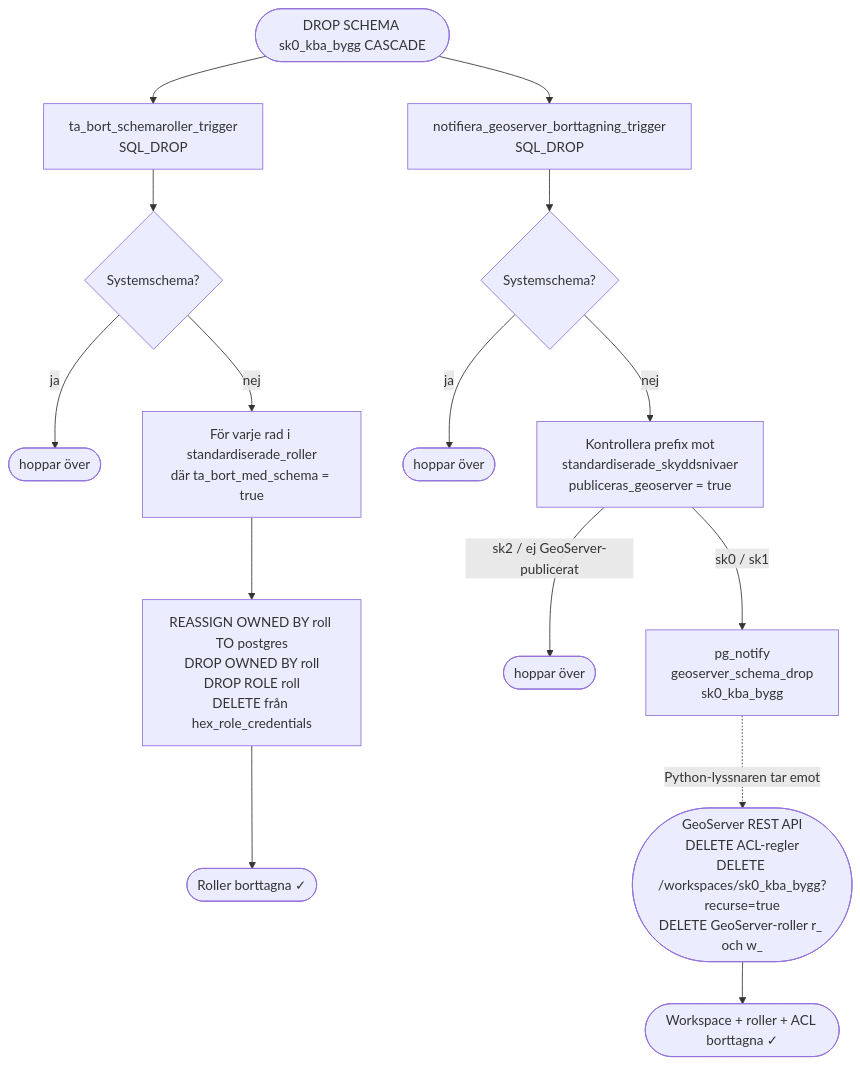
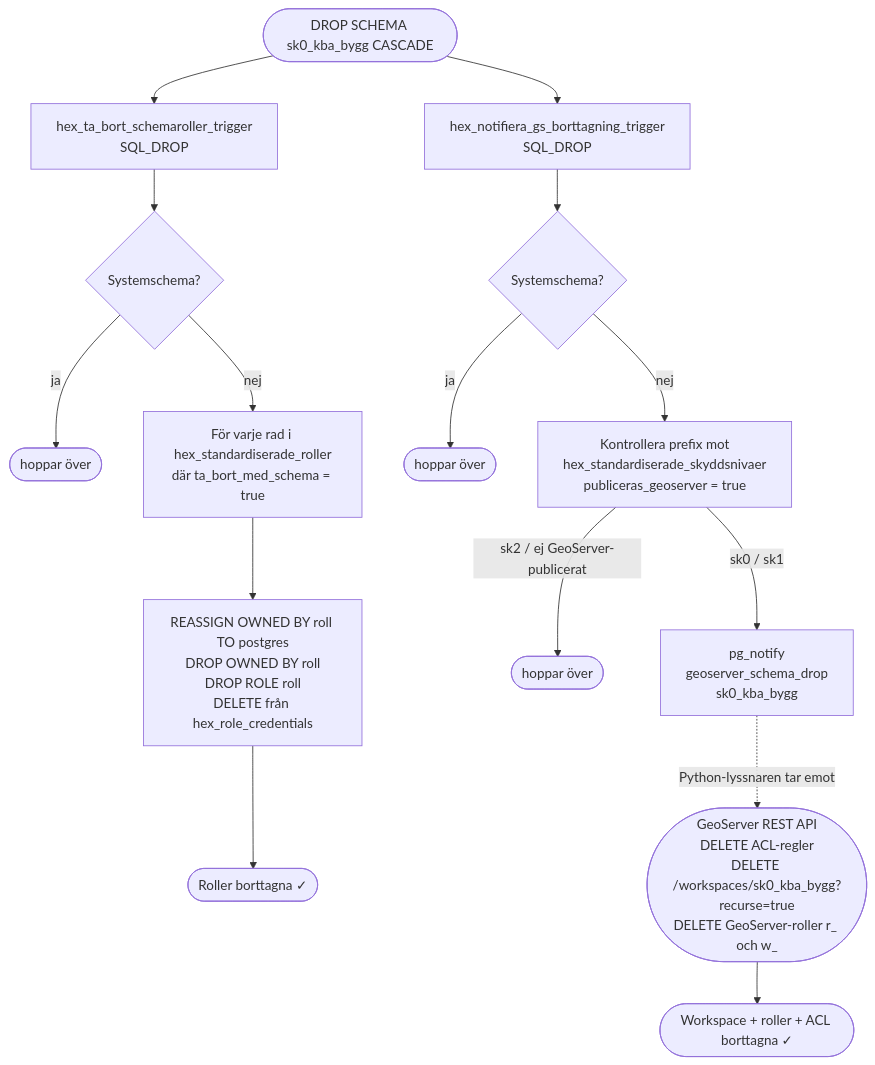
Before and after one commit to Geodata-Kungsbacka/Hex: the eighth of 9 diagrams in LOGIC_MAP.md, drawn with Mermaid. The commit also changed other lines of this file and 22 other files, not shown here.

````diff
--- a/LOGIC_MAP.md
+++ b/LOGIC_MAP.md
@@ -704,20 +704,20 @@
 ```mermaid
 flowchart TD
     START(["DROP SCHEMA sk0_kba_bygg CASCADE"])
-    START --> TBS_T["ta_bort_schemaroller_trigger<br/>SQL_DROP"]
-    START --> NGB_T["notifiera_geoserver_borttagning_trigger<br/>SQL_DROP"]
+    START --> TBS_T["hex_ta_bort_schemaroller_trigger<br/>SQL_DROP"]
+    START --> NGB_T["hex_notifiera_gs_borttagning_trigger<br/>SQL_DROP"]
 
     TBS_T --> SYS{"Systemschema?"}
     SYS --> |ja| SKIP(["hoppar över"])
-    SYS --> |nej| LOOP["För varje rad i standardiserade_roller<br/>där ta_bort_med_schema = true"]
+    SYS --> |nej| LOOP["För varje rad i hex_standardiserade_roller<br/>där ta_bort_med_schema = true"]
     LOOP --> DROPROL["REASSIGN OWNED BY roll TO postgres<br/>DROP OWNED BY roll<br/>DROP ROLE roll<br/>DELETE från hex_role_credentials"]
     DROPROL --> DONE_ROLES(["Roller borttagna ✓"])
 
     NGB_T --> SYS2{"Systemschema?"}
     SYS2 --> |ja| SKIP2(["hoppar över"])
-    SYS2 --> |nej| GS_CHK["Kontrollera prefix mot<br/>standardiserade_skyddsnivaer<br/>publiceras_geoserver = true"]
+    SYS2 --> |nej| GS_CHK["Kontrollera prefix mot<br/>hex_standardiserade_skyddsnivaer<br/>publiceras_geoserver = true"]
     GS_CHK --> |"sk2 / ej GeoServer-publicerat"| SKIP3(["hoppar över"])
     GS_CHK --> |"sk0 / sk1"| NOTIFY["pg_notify<br/>geoserver_schema_drop<br/>sk0_kba_bygg"]
     NOTIFY -.->|"Python-lyssnaren tar emot"| GS(["GeoServer REST API<br/>DELETE ACL-regler<br/>DELETE /workspaces/sk0_kba_bygg?recurse=true<br/>DELETE GeoServer-roller r_ och w_"])
     GS --> DONE_GS(["Workspace + roller + ACL borttagna ✓"])
 ```
````
